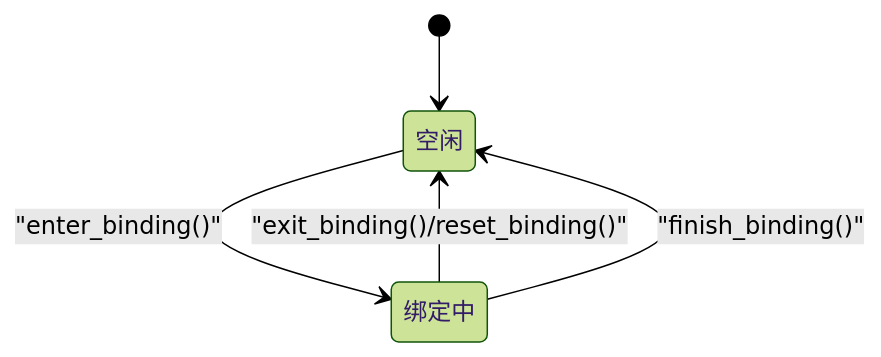
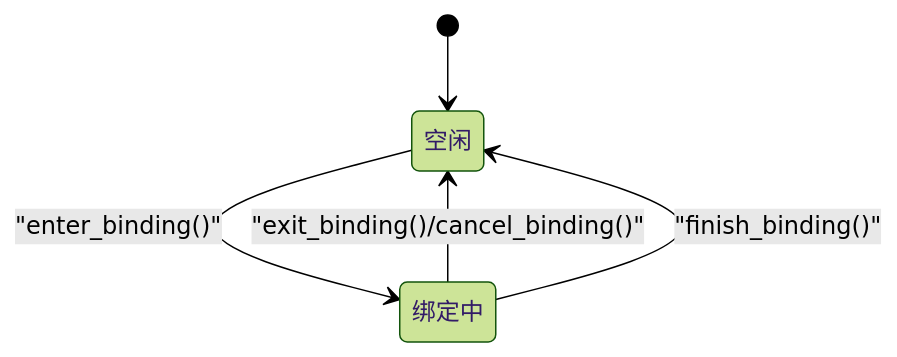
The fourth of 11 diagrams in .qoder/repowiki/zh/content/桌面应用架构/桌面应用架构.md (Hankun-P/wireless-keyboard-toy), drawn with Mermaid (forest theme) before and after one commit. The commit also changed other lines of this file and 10 other files, not shown here.

````diff
--- a/.qoder/repowiki/zh/content/桌面应用架构/桌面应用架构.md
+++ b/.qoder/repowiki/zh/content/桌面应用架构/桌面应用架构.md
@@ -238,7 +301,7 @@
 ```mermaid
 stateDiagram-v2
 [*] --> 空闲
 空闲 --> 绑定中 : "enter_binding()"
-绑定中 --> 空闲 : "exit_binding()/reset_binding()"
+绑定中 --> 空闲 : "exit_binding()/cancel_binding()"
 绑定中 --> 空闲 : "finish_binding()"
 ```
````
